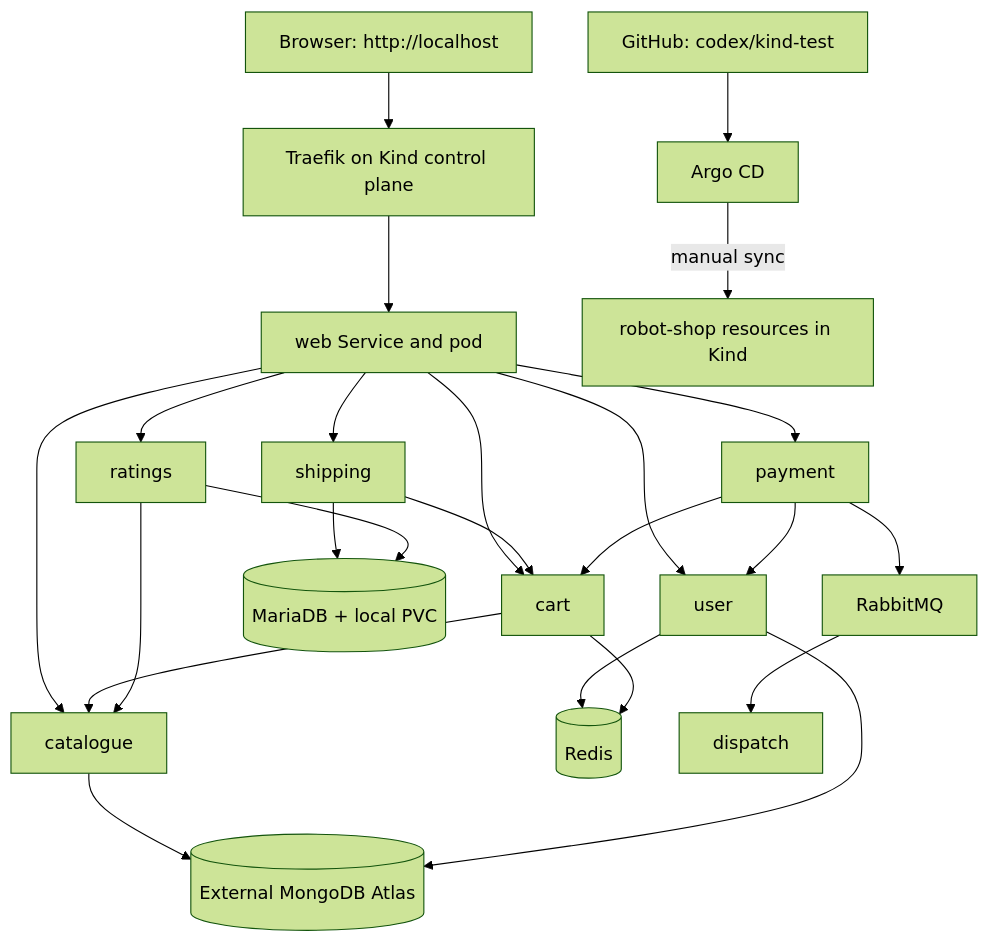
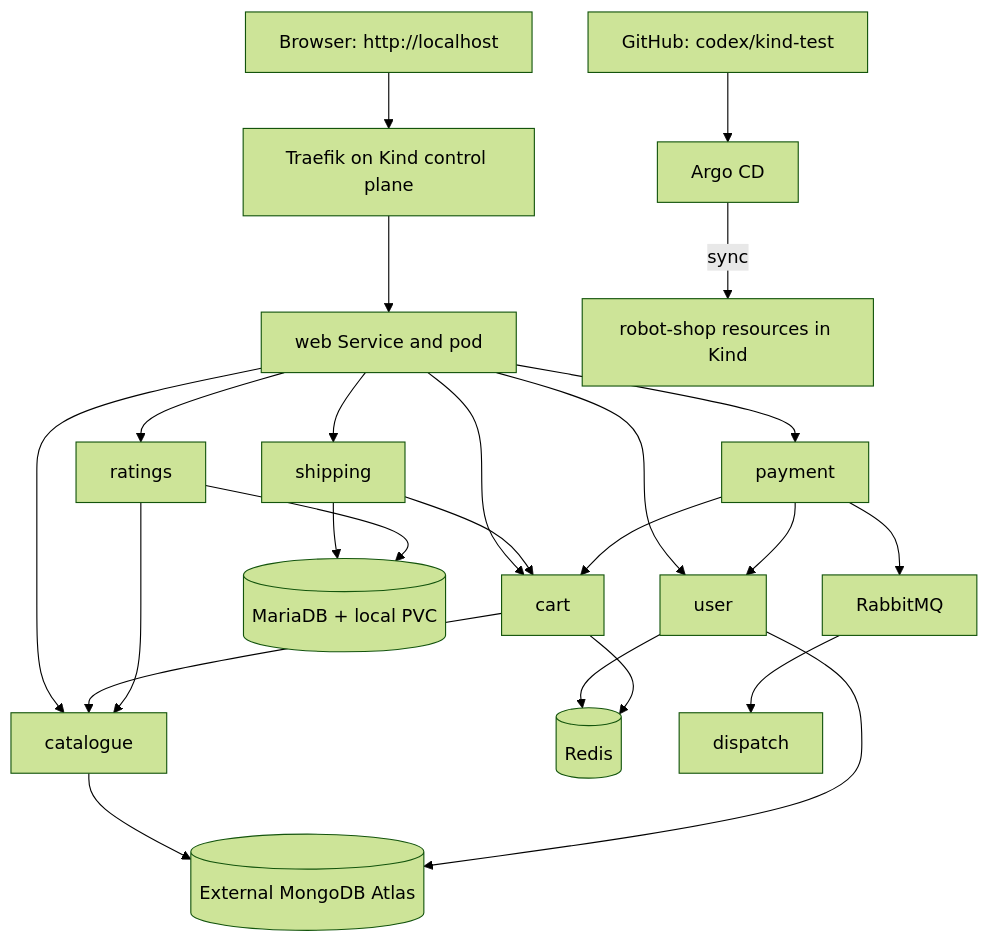
The diagram in README.md (ariphmohd/robot-shop), drawn with Mermaid (forest theme) before and after one commit. The commit also changed other lines of this file and 12 other files, not shown here.

````diff
--- a/README.md
+++ b/README.md
@@ -14,26 +14,26 @@
 ```mermaid
 flowchart TB
     Browser[Browser: http://localhost] --> Traefik[Traefik on Kind control plane]
     Traefik --> Web[web Service and pod]
     Web --> Catalogue[catalogue]
     Web --> User[user]
     Web --> Cart[cart]
     Web --> Shipping[shipping]
     Web --> Ratings[ratings]
     Web --> Payment[payment]
     Catalogue --> Atlas[(External MongoDB Atlas)]
     User --> Atlas
     User --> Redis[(Redis)]
     Cart --> Redis
     Cart --> Catalogue
     Shipping --> MariaDB[(MariaDB + local PVC)]
     Ratings --> MariaDB
     Shipping --> Cart
     Ratings --> Catalogue
     Payment --> User
     Payment --> Cart
     Payment --> RabbitMQ[RabbitMQ]
     RabbitMQ --> Dispatch[dispatch]
     Git[GitHub: codex/kind-test] --> Argo[Argo CD]
-    Argo -->|manual sync| Kind[robot-shop resources in Kind]
+    Argo -->|sync| Kind[robot-shop resources in Kind]
 ```
````
